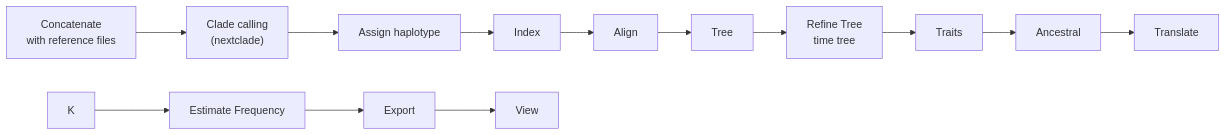
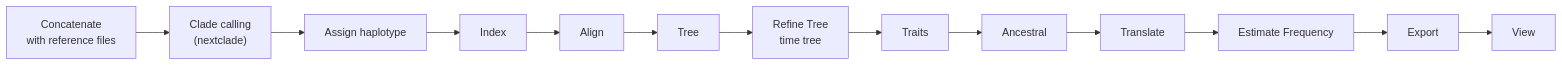
The diagram in README.md (aradahir/flu_nextstrain_build), drawn with Mermaid before and after one commit.

````diff
--- a/README.md
+++ b/README.md
@@ -73,17 +73,17 @@
 ```mermaid
 flowchart LR
     A[Concatenate<br/> with reference files] --> B["Clade calling<br/>(nextclade)"]
     B --> C[Assign haplotype]
     C --> D[Index]
     D --> E["Align"]
     E --> F["Tree"]
     F --> G["Refine Tree<br/>time tree"]
     G --> H["Traits"]
     H --> I["Ancestral"]
     I --> J["Translate"]
-    K --> L["Estimate Frequency"]
-    L --> M["Export"]
-    M --> N[View]
+    J --> K["Estimate Frequency"]
+    K --> L["Export"]
+    L --> M[View]
 
 
 ```
````
